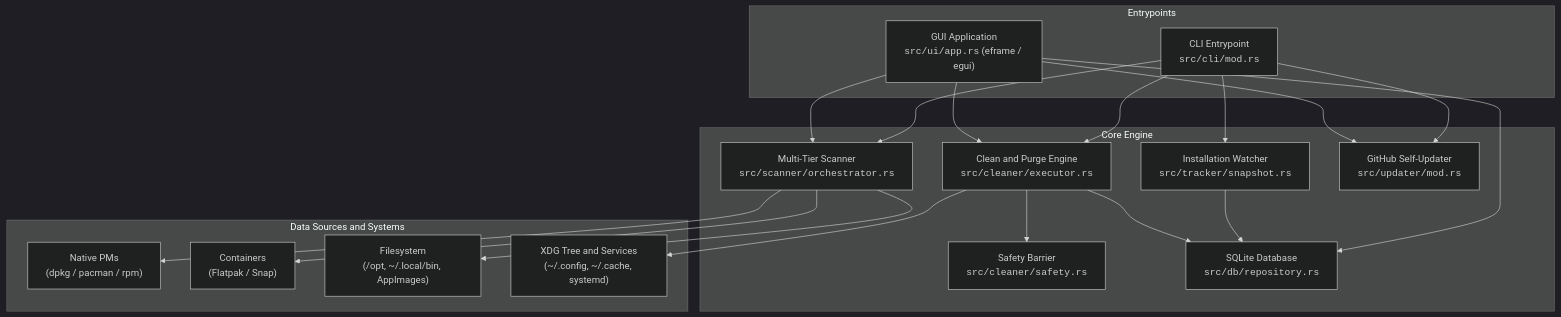
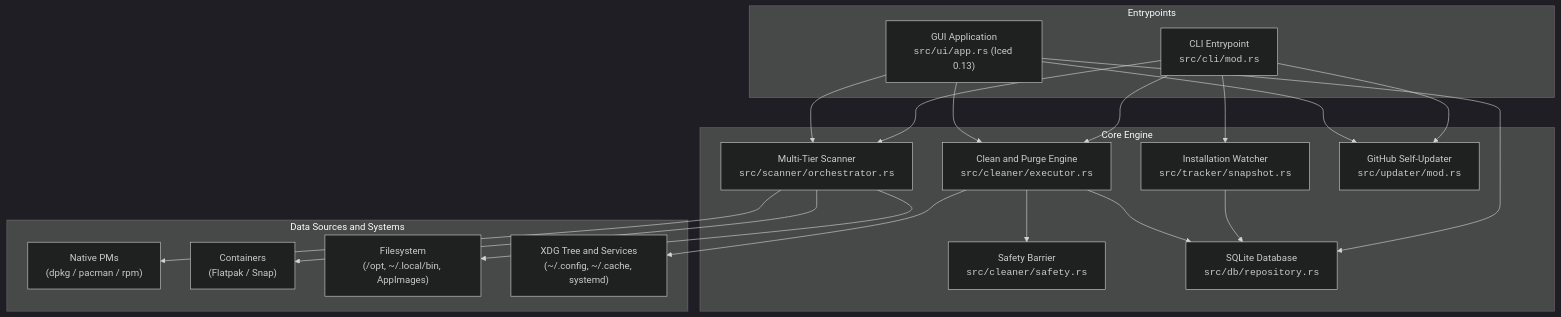
Before and after one commit to haydermuhib/SweepX: the first of 3 diagrams in ARCHITECTURE.md, drawn with Mermaid (dark theme). The commit also changed other lines of this file and 40 other files, not shown here.

Commit message:
feat(branding): official Orbital Reticle visual identity, Iced GUI docs, and v0.2.0 release

````diff
--- a/ARCHITECTURE.md
+++ b/ARCHITECTURE.md
@@ -9,42 +9,42 @@
 ```mermaid
 graph TD
     subgraph Entrypoints
         CLI["CLI Entrypoint<br><code>src/cli/mod.rs</code>"]
-        GUI["GUI Application<br><code>src/ui/app.rs</code> (eframe / egui)"]
+        GUI["GUI Application<br><code>src/ui/app.rs</code> (Iced 0.13)"]
     end
 
     subgraph Core Engine
         Scanner["Multi-Tier Scanner<br><code>src/scanner/orchestrator.rs</code>"]
         Tracker["Installation Watcher<br><code>src/tracker/snapshot.rs</code>"]
         Cleaner["Clean and Purge Engine<br><code>src/cleaner/executor.rs</code>"]
         Safety["Safety Barrier<br><code>src/cleaner/safety.rs</code>"]
         DB["SQLite Database<br><code>src/db/repository.rs</code>"]
         Updater["GitHub Self-Updater<br><code>src/updater/mod.rs</code>"]
     end
 
     subgraph Data Sources and Systems
         NativePM["Native PMs<br>(dpkg / pacman / rpm)"]
         Containers["Containers<br>(Flatpak / Snap)"]
         Filesystem["Filesystem<br>(/opt, ~/.local/bin, AppImages)"]
         XDG["XDG Tree and Services<br>(~/.config, ~/.cache, systemd)"]
     end
 
     CLI --> Scanner
     CLI --> Tracker
     CLI --> Cleaner
     CLI --> Updater
 
     GUI --> Scanner
     GUI --> Cleaner
     GUI --> DB
     GUI --> Updater
 
     Scanner --> NativePM
     Scanner --> Containers
     Scanner --> Filesystem
 
     Tracker --> DB
     Cleaner --> Safety
     Cleaner --> XDG
     Cleaner --> DB
 ```
````
